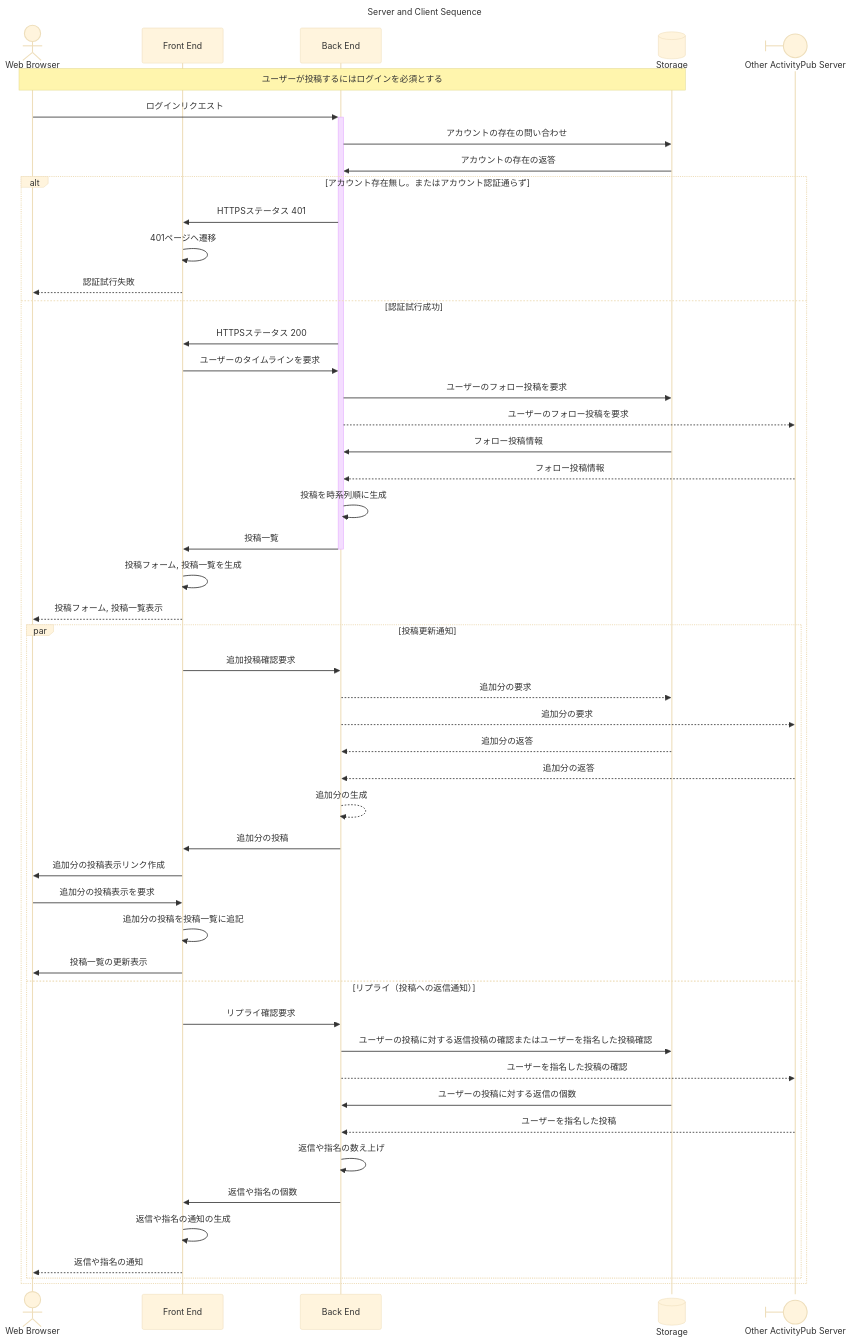
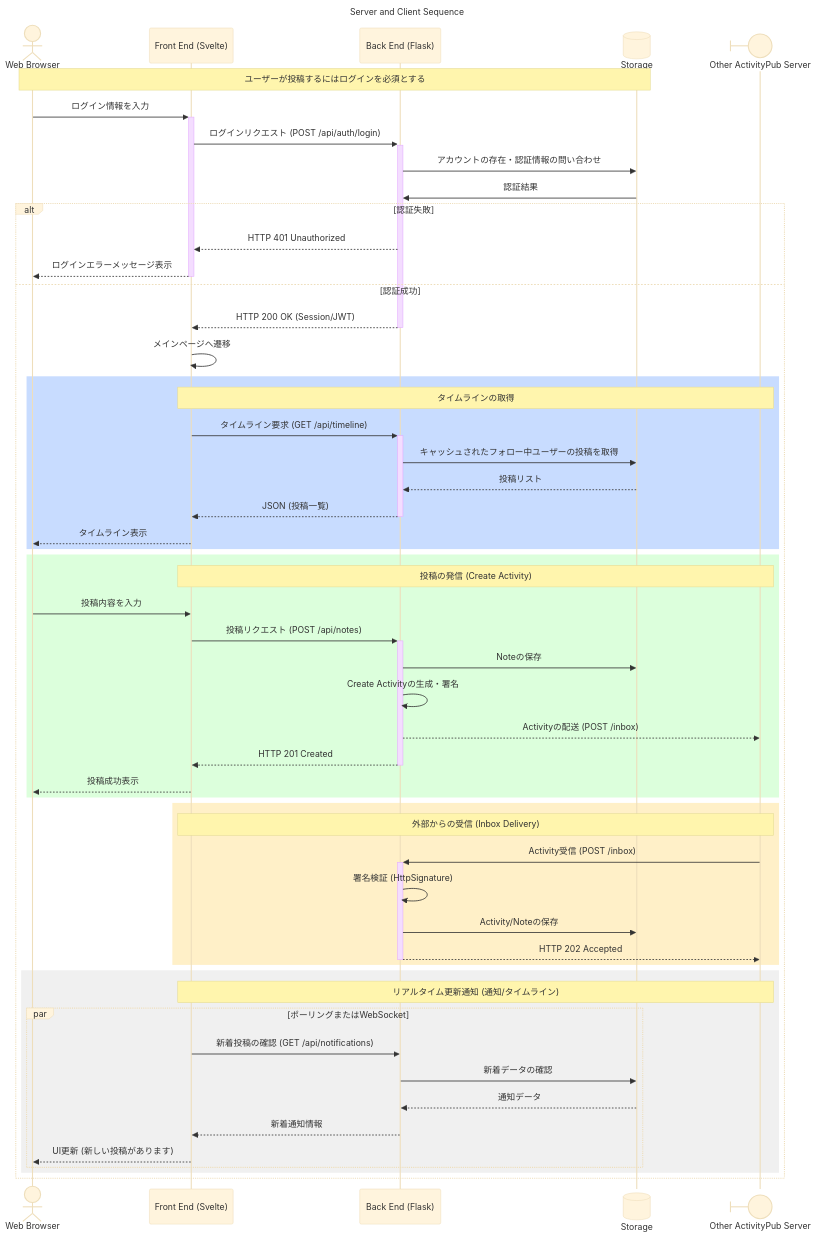
Before and after one commit to manzyun/zeronity-01-microblog: the diagram in docs/fig_srv-crt.mmd, drawn with Mermaid (base theme).

Commit message:
[Asrt][Vibe] Revised ActivityPub sequence to correctly separate FE/BE responsibilities and include inbox delivery.

```diff
--- a/docs/fig_srv-crt.mmd
+++ b/docs/fig_srv-crt.mmd
@@ -1,54 +1,62 @@
 ---
 title: Server and Client Sequence
 ---
 sequenceDiagram
     actor user as Web Browser
-    participant svelte as Front End
-    participant flask as Back End
+    participant svelte as Front End (Svelte)
+    participant flask as Back End (Flask)
     participant db@{ "type" : "database" } as Storage
     participant other@{ "type" : "boundary" } as Other ActivityPub Server
 
     Note over user,db: ユーザーが投稿するにはログインを必須とする
-    user->>+flask: ログインリクエスト
-    flask->>db: アカウントの存在の問い合わせ
-    db->>flask: アカウントの存在の返答
+    user->>+svelte: ログイン情報を入力
+    svelte->>+flask: ログインリクエスト (POST /api/auth/login)
+    flask->>db: アカウントの存在・認証情報の問い合わせ
+    db->>flask: 認証結果
+    
+    alt 認証失敗
+        flask-->>svelte: HTTP 401 Unauthorized
+        svelte-->>-user: ログインエラーメッセージ表示
+    else 認証成功
+        flask-->>-svelte: HTTP 200 OK (Session/JWT)
+        svelte->>svelte: メインページへ遷移
+        
+        rect rgb(200, 220, 255)
+            Note over svelte, other: タイムラインの取得
+            svelte->>+flask: タイムライン要求 (GET /api/timeline)
+            flask->>db: キャッシュされたフォロー中ユーザーの投稿を取得
+            db-->>flask: 投稿リスト
+            flask-->>-svelte: JSON (投稿一覧)
+            svelte-->>user: タイムライン表示
+        end
 
-    alt アカウント存在無し。またはアカウント認証通らず
-        flask->>svelte: HTTPSステータス 401
-        svelte->>svelte: 401ページへ遷移
-        svelte-->>user: 認証試行失敗
-    else 認証試行成功
-        flask->>svelte: HTTPSステータス 200
-        svelte->>flask: ユーザーのタイムラインを要求
-        flask->>db: ユーザーのフォロー投稿を要求
-        flask-->>other: ユーザーのフォロー投稿を要求
-        db->>flask: フォロー投稿情報
-        other-->>flask: フォロー投稿情報
-        flask->>flask: 投稿を時系列順に生成
-        flask->>-svelte: 投稿一覧
-        svelte->>svelte: 投稿フォーム, 投稿一覧を生成
-        svelte-->>user: 投稿フォーム, 投稿一覧表示
-        par 投稿更新通知
-            svelte->>flask: 追加投稿確認要求
-            flask-->>db: 追加分の要求
-            flask-->>other: 追加分の要求
-            db-->>flask: 追加分の返答
-            other-->>flask: 追加分の返答
-            flask-->>flask: 追加分の生成
-            flask->>svelte: 追加分の投稿
-            svelte->>user: 追加分の投稿表示リンク作成
-            user->>svelte: 追加分の投稿表示を要求
-            svelte->>svelte: 追加分の投稿を投稿一覧に追記
-            svelte->>user: 投稿一覧の更新表示
-        and リプライ（投稿への返信通知）
-            svelte->>flask: リプライ確認要求
-            flask->>db: ユーザーの投稿に対する返信投稿の確認またはユーザーを指名した投稿確認
-            flask-->>other: ユーザーを指名した投稿の確認
-            db->>flask: ユーザーの投稿に対する返信の個数
-            other-->>flask: ユーザーを指名した投稿
-            flask->>flask: 返信や指名の数え上げ
-            flask->>svelte: 返信や指名の個数
-            svelte->>svelte: 返信や指名の通知の生成
-            svelte-->>user: 返信や指名の通知
+        rect rgb(220, 255, 220)
+            Note over svelte, other: 投稿の発信 (Create Activity)
+            user->>svelte: 投稿内容を入力
+            svelte->>+flask: 投稿リクエスト (POST /api/notes)
+            flask->>db: Noteの保存
+            flask->>flask: Create Activityの生成・署名
+            flask-->>other: Activityの配送 (POST /inbox)
+            flask-->>-svelte: HTTP 201 Created
+            svelte-->>user: 投稿成功表示
+        end
+
+        rect rgb(255, 240, 200)
+            Note over svelte, other: 外部からの受信 (Inbox Delivery)
+            other->>+flask: Activity受信 (POST /inbox)
+            flask->>flask: 署名検証 (HttpSignature)
+            flask->>db: Activity/Noteの保存
+            flask-->>-other: HTTP 202 Accepted
+        end
+
+        rect rgb(240, 240, 240)
+            Note over svelte, other: リアルタイム更新通知 (通知/タイムライン)
+            par ポーリングまたはWebSocket
+                svelte->>flask: 新着投稿の確認 (GET /api/notifications)
+                flask->>db: 新着データの確認
+                db-->>flask: 通知データ
+                flask-->>svelte: 新着通知情報
+                svelte-->>user: UI更新 (新しい投稿があります)
+            end
         end
     end
```
